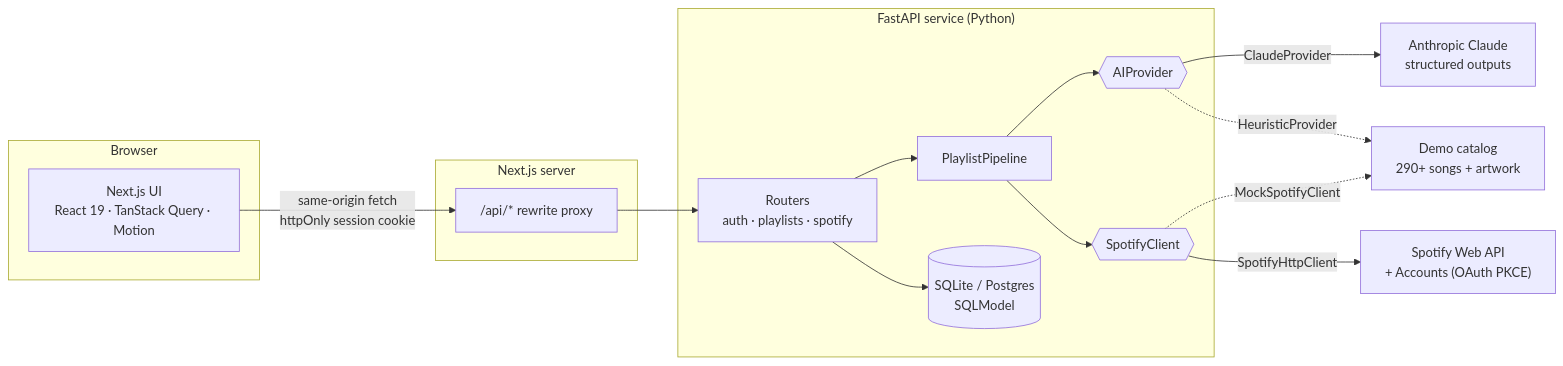
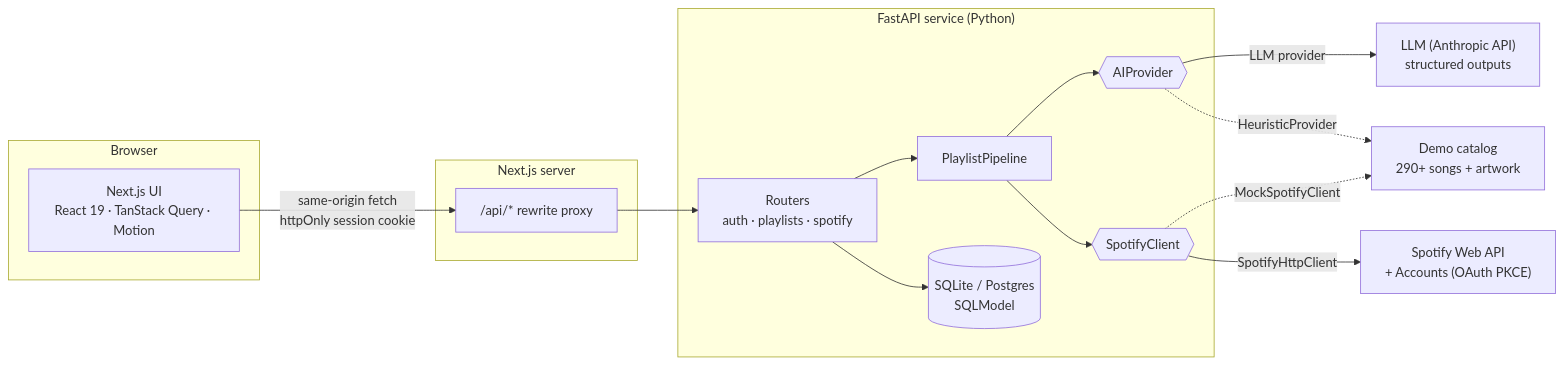
The first of 2 diagrams in README.md (lordflaxko/moodwave), drawn with Mermaid before and after one commit. The commit also changed other lines of this file and 11 other files, not shown here.

````diff
--- a/README.md
+++ b/README.md
@@ -154,29 +154,29 @@
 ```mermaid
 flowchart LR
     subgraph Browser
       UI["Next.js UI<br/>React 19 · TanStack Query · Motion"]
     end
     subgraph Web["Next.js server"]
       RW["/api/* rewrite proxy"]
     end
     subgraph API["FastAPI service (Python)"]
       R["Routers<br/>auth · playlists · spotify"]
       P["PlaylistPipeline"]
       AI{{"AIProvider"}}
       SP{{"SpotifyClient"}}
       DB[("SQLite / Postgres<br/>SQLModel")]
     end
-    Claude["Anthropic Claude<br/>structured outputs"]
+    LLM["LLM (Anthropic API)<br/>structured outputs"]
     Spotify["Spotify Web API<br/>+ Accounts (OAuth PKCE)"]
     Catalog["Demo catalog<br/>290+ songs + artwork"]
 
     UI -- "same-origin fetch<br/>httpOnly session cookie" --> RW --> R
     R --> P
     P --> AI
     P --> SP
     R --> DB
-    AI -- ClaudeProvider --> Claude
+    AI -- LLM provider --> LLM
     AI -. HeuristicProvider .-> Catalog
     SP -- SpotifyHttpClient --> Spotify
     SP -. MockSpotifyClient .-> Catalog
 ```
````
